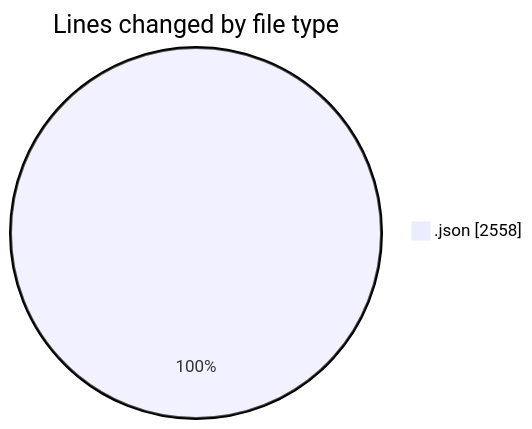
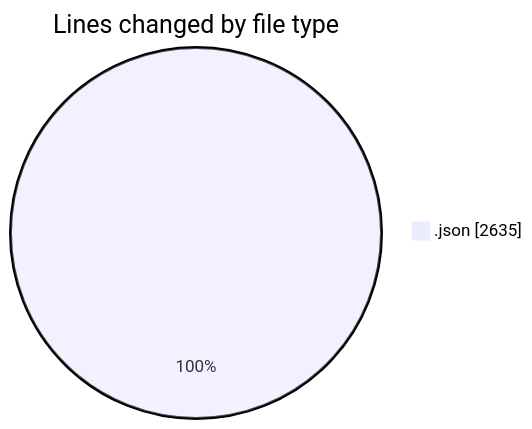
Before and after one commit to EIIisD/code-tracking: the first of 2 diagrams in 2025-07-28/_claude/README.md, drawn with Mermaid. The commit also changed other lines of this file and 1 other file, not shown here.

````diff
--- a/2025-07-28/_claude/README.md
+++ b/2025-07-28/_claude/README.md
@@ -20,5 +21,5 @@
 ```mermaid
 pie showData
 title Lines changed by file type
-".json" : 2558
+".json" : 2635
 ```
````
